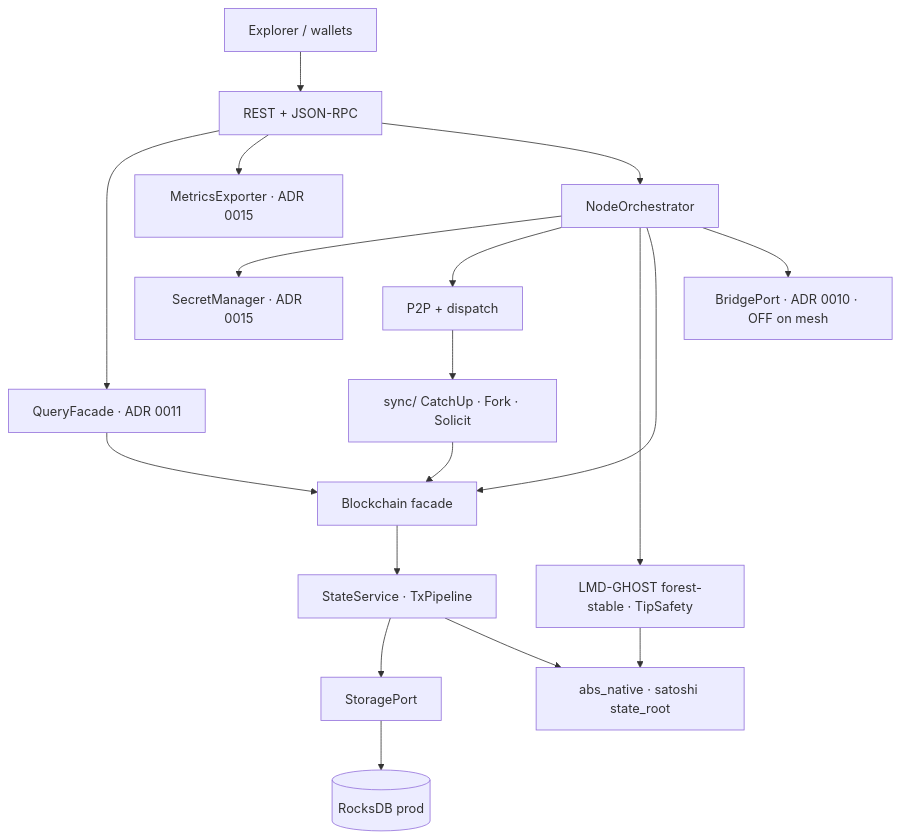
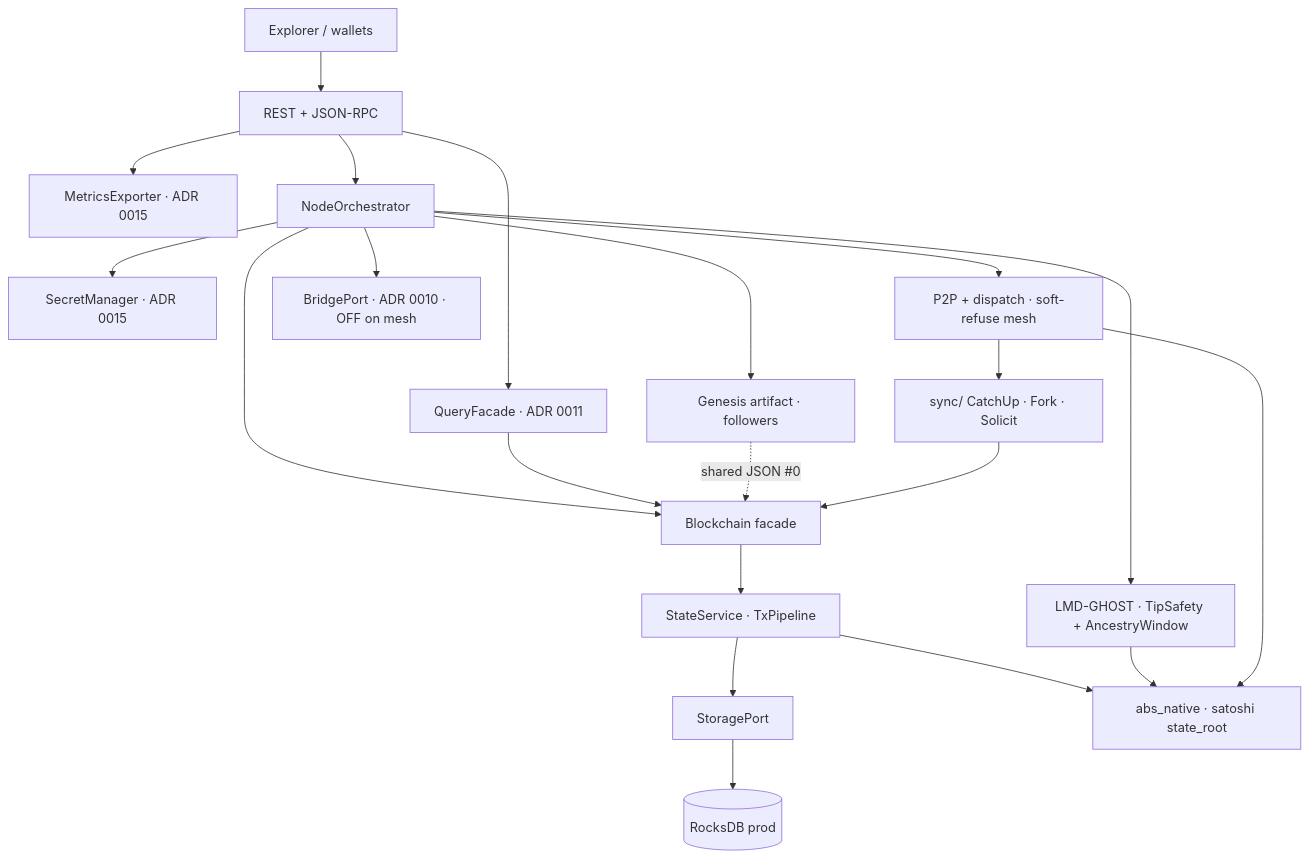
The diagram in README.md (Gruver87/Absolute_Blockchain_Ultimate_Hybrid), drawn with Mermaid before and after one commit. The commit also changed other lines of this file and 73 other files, not shown here.

First line of the commit message:
fix(mesh): shared genesis artifact, tip h=0, soft-refuse; honest docs

````diff
--- a/README.md
+++ b/README.md
@@ -113,20 +115,23 @@
 ```mermaid
 flowchart TB
   EX["Explorer / wallets"] --> API["REST + JSON-RPC"]
   API --> QF["QueryFacade · ADR 0011"]
   API --> MET["MetricsExporter · ADR 0015"]
   API --> ORCH["NodeOrchestrator"]
   ORCH --> SM["SecretManager · ADR 0015"]
-  ORCH --> P2P["P2P + dispatch"]
-  ORCH --> CONS["LMD-GHOST forest-stable · TipSafety"]
+  ORCH --> P2P["P2P + dispatch · soft-refuse mesh"]
+  ORCH --> CONS["LMD-GHOST · TipSafety + AncestryWindow"]
   ORCH --> BC["Blockchain facade"]
   ORCH --> BR["BridgePort · ADR 0010 · OFF on mesh"]
+  ORCH --> GEN["Genesis artifact · followers"]
   QF --> BC
   P2P --> SYNC["sync/ CatchUp · Fork · Solicit"]
+  GEN -.->|shared JSON #0| BC
   SYNC --> BC
   BC --> SS["StateService · TxPipeline"]
   SS --> SP["StoragePort"]
   SP --> ROCKS[("RocksDB prod")]
   SS --> RUST["abs_native · satoshi state_root"]
   CONS --> RUST
+  P2P --> RUST
 ```
````
